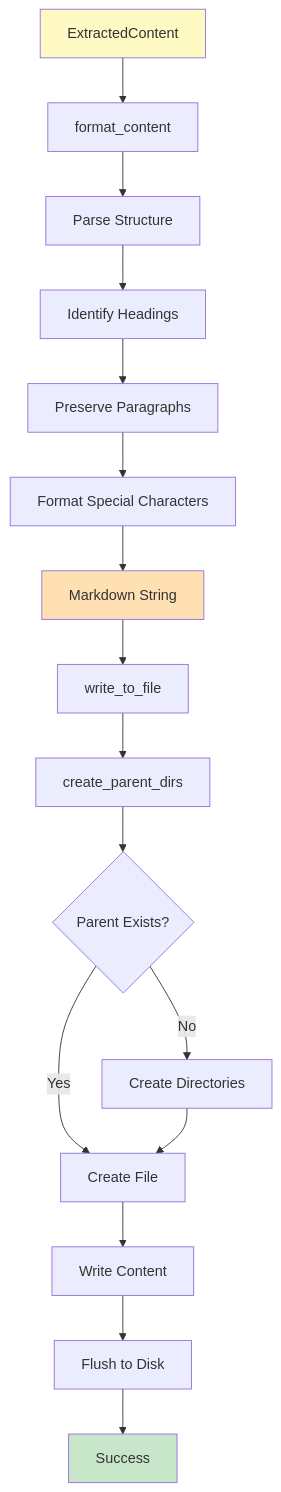
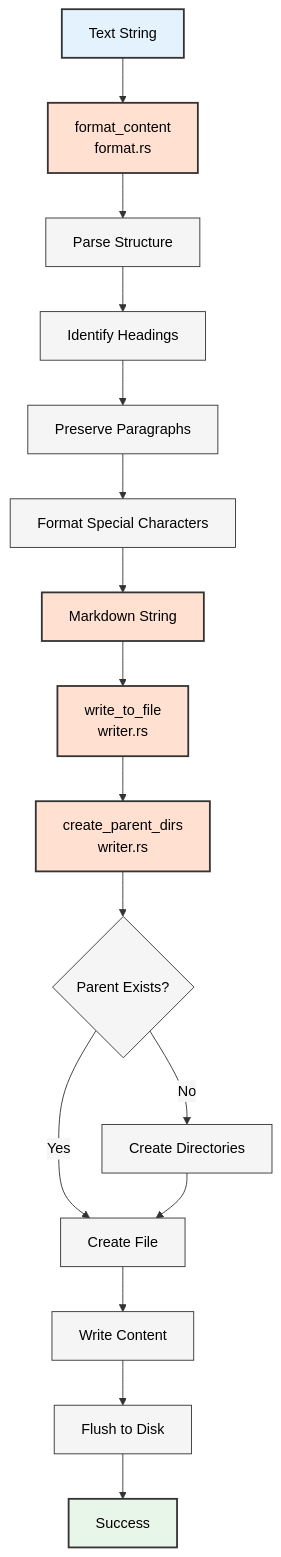
Before and after one commit to softwarewrighter/pdf2md: the first of 3 diagrams in wiki/Markdown-Generation-Component.md, drawn with Mermaid. The commit also changed other lines of this file and 12 other files, not shown here.

First line of the commit message:
docs: update wiki and docs for workspace architecture

````diff
--- a/wiki/Markdown-Generation-Component.md
+++ b/wiki/Markdown-Generation-Component.md
@@ -19,24 +24,28 @@
 ```mermaid
+%%{init: {'theme':'base', 'themeVariables': {'primaryColor':'#f5f5f5','primaryTextColor':'#000','primaryBorderColor':'#333','lineColor':'#333','secondaryColor':'#f5f5f5','tertiaryColor':'#f5f5f5'}}}%%
 graph TB
-    A[ExtractedContent] --> B[format_content]
+    A[Text String] --> B[format_content<br/>format.rs]
     B --> C[Parse Structure]
     C --> D[Identify Headings]
     D --> E[Preserve Paragraphs]
     E --> F[Format Special Characters]
     F --> G[Markdown String]
 
-    G --> H[write_to_file]
-    H --> I[create_parent_dirs]
+    G --> H[write_to_file<br/>writer.rs]
+    H --> I[create_parent_dirs<br/>writer.rs]
     I --> J{Parent Exists?}
     J -->|Yes| K[Create File]
     J -->|No| L[Create Directories]
     L --> K
 
     K --> M[Write Content]
     M --> N[Flush to Disk]
     N --> O[Success]
 
-    style A fill:#fff9c4
-    style G fill:#ffe0b2
-    style O fill:#c8e6c9
+    style A fill:#e3f2fd,stroke:#333,stroke-width:2px,color:#000
+    style B fill:#ffe0d1,stroke:#333,stroke-width:2px,color:#000
+    style G fill:#ffe0d1,stroke:#333,stroke-width:2px,color:#000
+    style H fill:#ffe0d1,stroke:#333,stroke-width:2px,color:#000
+    style I fill:#ffe0d1,stroke:#333,stroke-width:2px,color:#000
+    style O fill:#e8f5e9,stroke:#333,stroke-width:2px,color:#000
 ```
````
